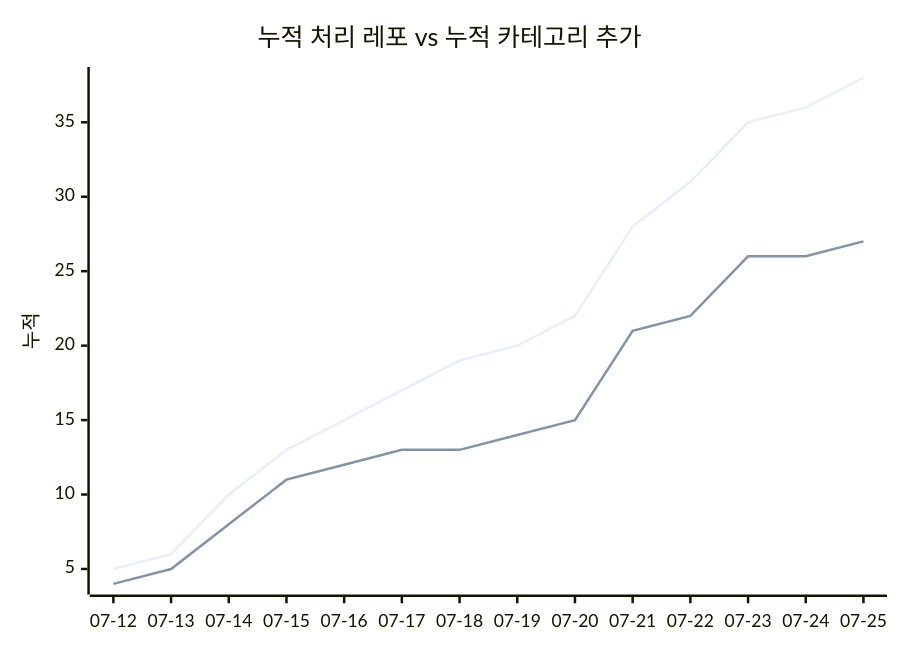
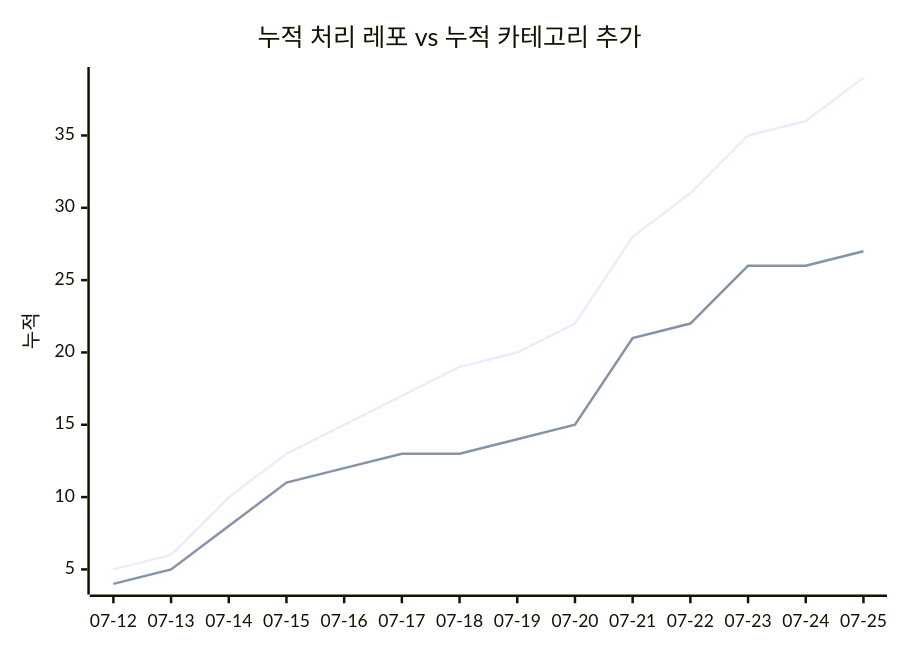
The second of 2 diagrams in docs/trends.md (J-nowcow/awesome-korean-agent-skills), drawn with Mermaid before and after one commit. The commit also changed other lines of this file and 2 other files, not shown here.

````diff
--- a/docs/trends.md
+++ b/docs/trends.md
@@ -68,8 +68,8 @@
 ```mermaid
 xychart-beta
     title "누적 처리 레포 vs 누적 카테고리 추가"
     x-axis ["07-12","07-13","07-14","07-15","07-16","07-17","07-18","07-19","07-20","07-21","07-22","07-23","07-24","07-25"]
     y-axis "누적"
-    line [5,6,10,13,15,17,19,20,22,28,31,35,36,38]
+    line [5,6,10,13,15,17,19,20,22,28,31,35,36,39]
     line [4,5,8,11,12,13,13,14,15,21,22,26,26,27]
 ```
````
